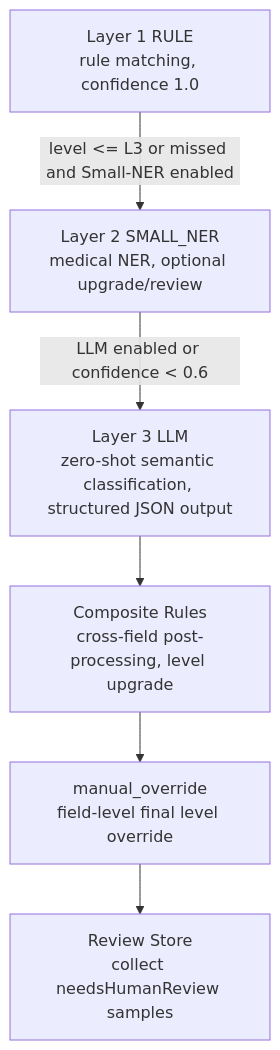
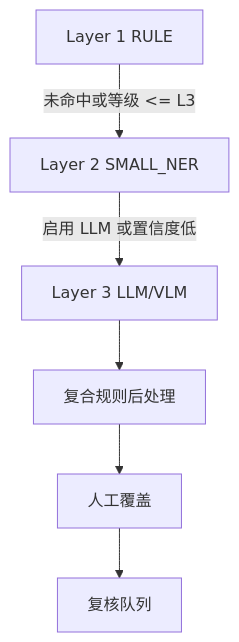
Before and after one commit to fengzhizi319/PrivShield: the first of 4 diagrams in docs/classification/design.md, drawn with Mermaid. The commit also changed other lines of this file and 14 other files, not shown here.

````diff
--- a/docs/classification/design.md
+++ b/docs/classification/design.md
@@ -34,8 +40,8 @@
 ```mermaid
 graph TD
-    A[Layer 1 RULE<br/>rule matching, confidence 1.0] -->|level <= L3 or missed and Small-NER enabled| B[Layer 2 SMALL_NER<br/>medical NER, optional upgrade/review]
-    B -->|LLM enabled or confidence < 0.6| C[Layer 3 LLM<br/>zero-shot semantic classification, structured JSON output]
-    C --> D[Composite Rules<br/>cross-field post-processing, level upgrade]
-    D --> E[manual_override<br/>field-level final level override]
-    E --> F[Review Store<br/>collect needsHumanReview samples]
+    A[Layer 1 RULE] -->|未命中或等级 <= L3| B[Layer 2 SMALL_NER]
+    B -->|启用 LLM 或置信度低| C[Layer 3 LLM/VLM]
+    C --> D[复合规则后处理]
+    D --> E[人工覆盖]
+    E --> F[复核队列]
 ```
````
